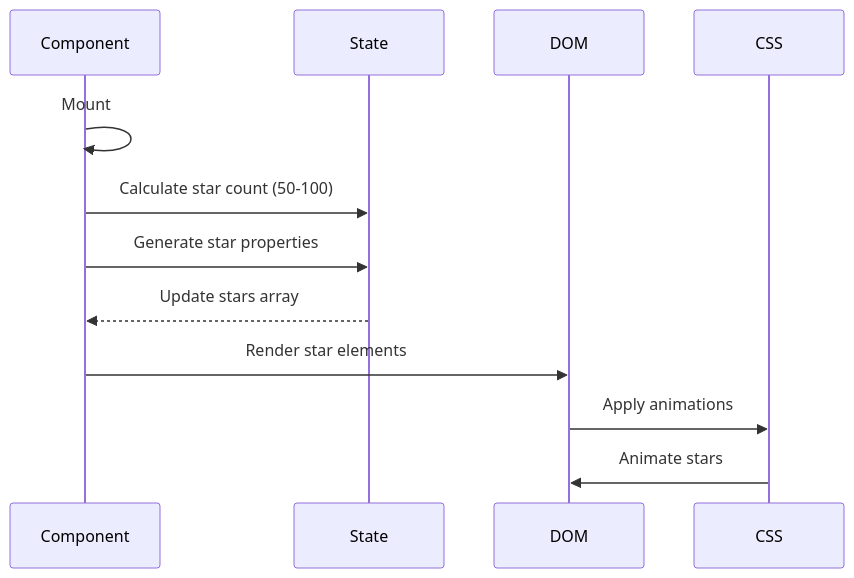
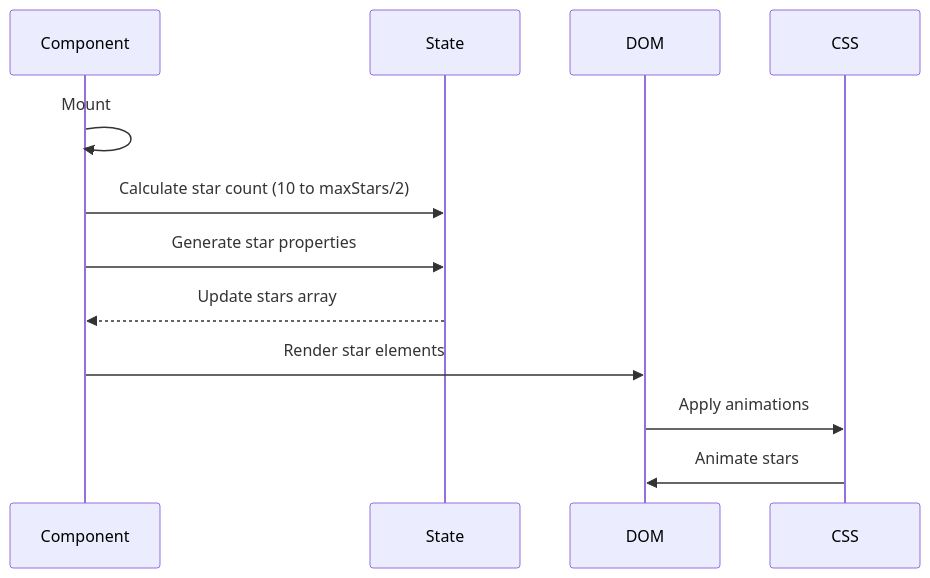
Before and after one commit to AlexJSully/AlexJSully-Portfolio: the second of 3 diagrams in docs/architecture/components/stars.md, drawn with Mermaid. The commit also changed other lines of this file and 42 other files, not shown here.

````diff
--- a/docs/architecture/components/stars.md
+++ b/docs/architecture/components/stars.md
@@ -141,17 +130,17 @@
 ```mermaid
 sequenceDiagram
     accTitle: StarsBackground Mount and Rendering Sequence
     accDescr: On mount, component calculates star count, generates star properties, updates state, renders elements, and applies CSS animations
     participant Component
     participant State
     participant DOM
     participant CSS
 
     Component->>Component: Mount
-    Component->>State: Calculate star count (50-100)
+    Component->>State: Calculate star count (10 to maxStars/2)
     Component->>State: Generate star properties
     State-->>Component: Update stars array
     Component->>DOM: Render star elements
     DOM->>CSS: Apply animations
     CSS->>DOM: Animate stars
 ```
````
